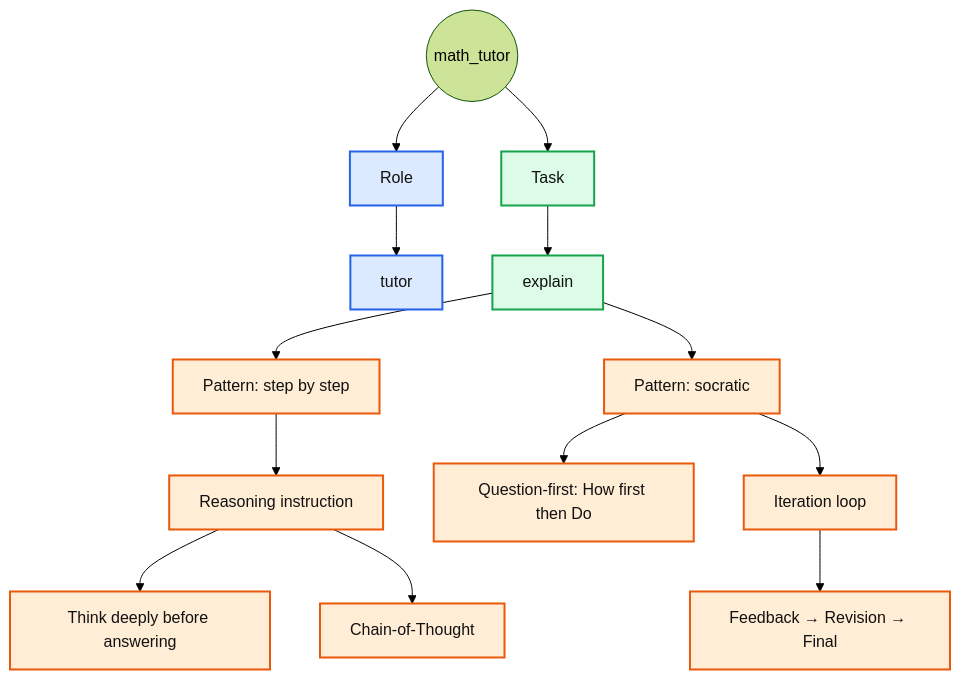
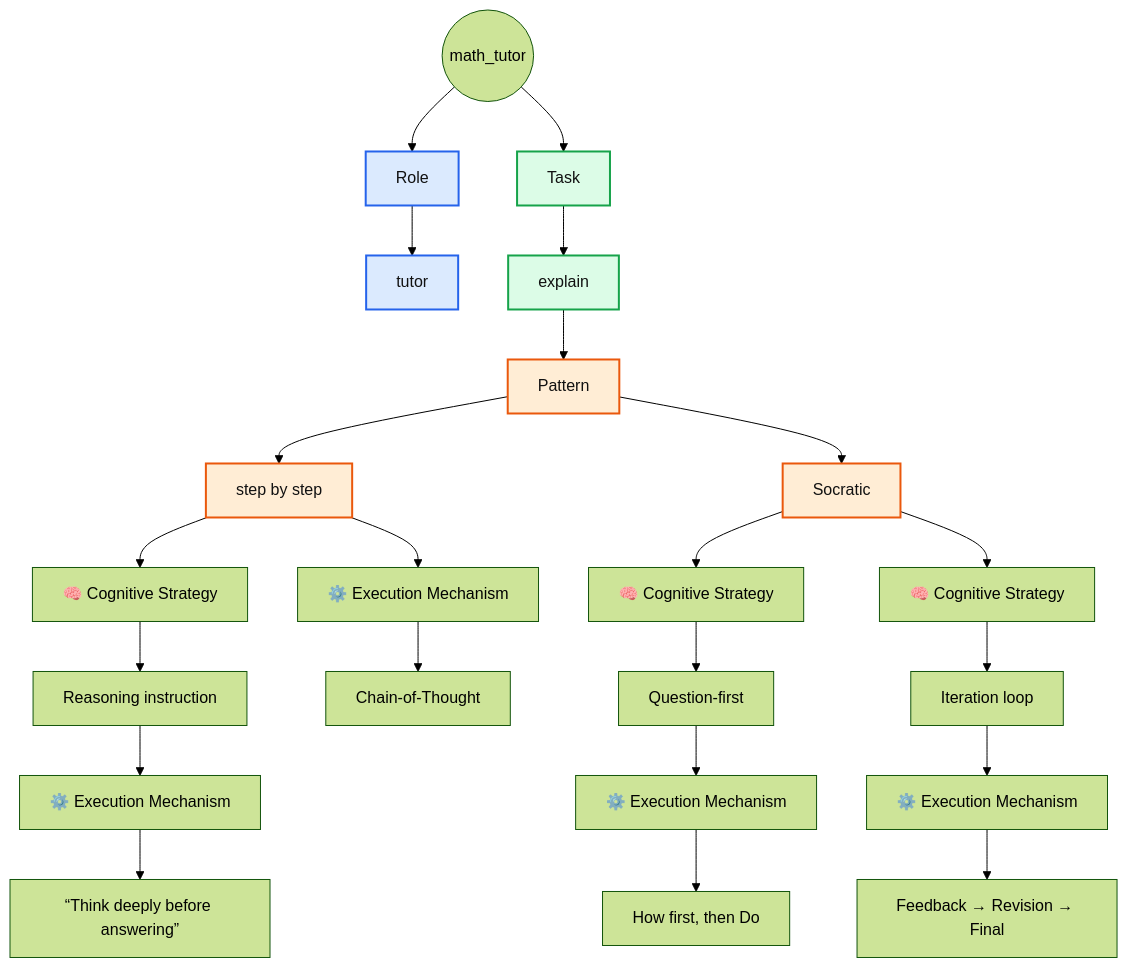
The diagram in docs/prompts/agents/default_agents.md (perfectCoder-dev/Ai-promt-en), drawn with Mermaid (forest theme) before and after one commit. The commit also changed other lines of this file, not shown here.

Commit message:
Create math_tutor flowchart.

````diff
--- a/docs/prompts/agents/default_agents.md
+++ b/docs/prompts/agents/default_agents.md
@@ -16,32 +18,44 @@
 ```mermaid
 flowchart TD
 
 A((math_tutor))
 
 A --> B[Role]
 B --> C[tutor]
 
 A --> D[Task]
 D --> E[explain]
+E --> F[Pattern]
 
-E --> F[Pattern: step by step]
-F --> G[Reasoning instruction]
-G --> H[Think deeply before answering]
-G --> I[Chain-of-Thought]
+F --> G[step by step]
+G --> H[🧠 Cognitive Strategy]
+H --> I[Reasoning instruction]
 
-E --> J[Pattern: socratic]
-J --> K[Question-first: How first then Do]
-J --> L[Iteration loop]
-L --> M[Feedback → Revision → Final]
+I --> J[⚙️ Execution Mechanism]
+J --> K[“Think deeply before answering”]
+
+G --> L[⚙️ Execution Mechanism]
+L --> M[Chain-of-Thought]
+
+F --> N[Socratic]
+N --> O[🧠 Cognitive Strategy]
+O --> P[Question-first]
+P --> Q[⚙️ Execution Mechanism]
+Q --> R[How first, then Do]
+
+N --> S[🧠 Cognitive Strategy]
+S --> T[Iteration loop]
+T --> U[⚙️ Execution Mechanism]
+U --> V[Feedback → Revision → Final]
 
 %% Color definitions
 classDef role fill:#dbeafe,stroke:#2563eb,stroke-width:2px,color:#111;
 classDef task fill:#dcfce7,stroke:#16a34a,stroke-width:2px,color:#111;
 classDef pattern fill:#ffedd5,stroke:#ea580c,stroke-width:2px,color:#111;
 
 %% Apply colors
 class B,C role
 class D,E task
-class F,G,H,I,J,K,L,M pattern
+class F,G,N pattern
 
 ```
````
